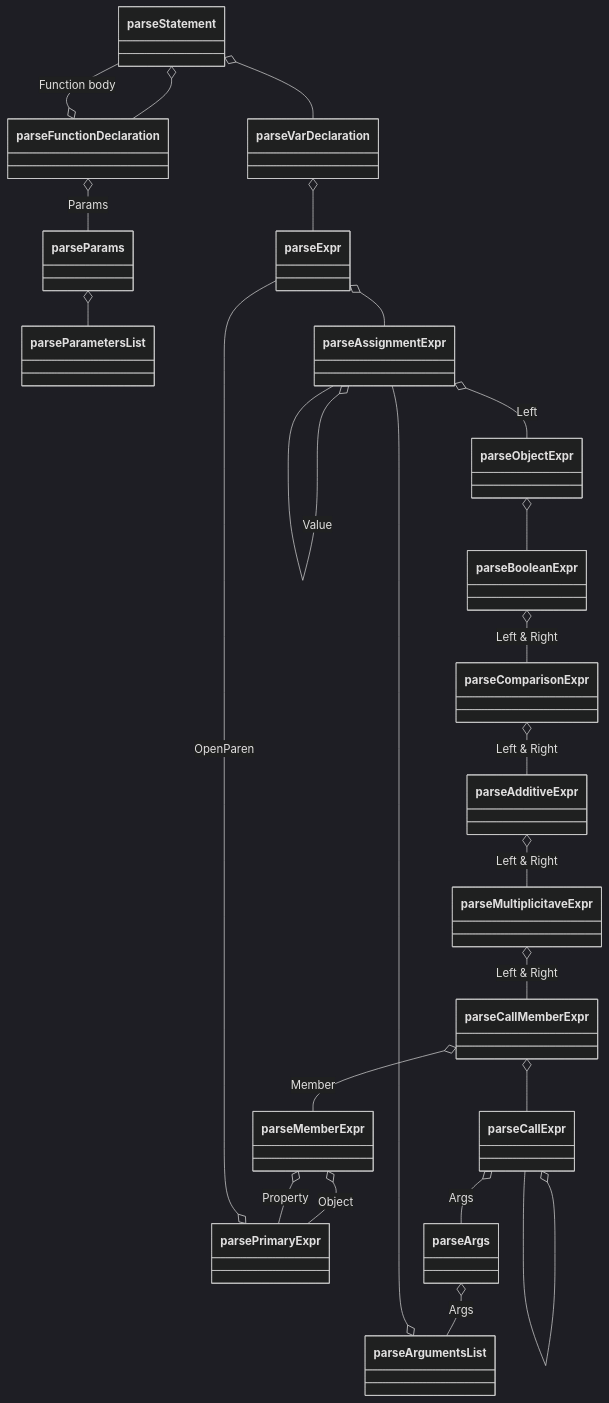
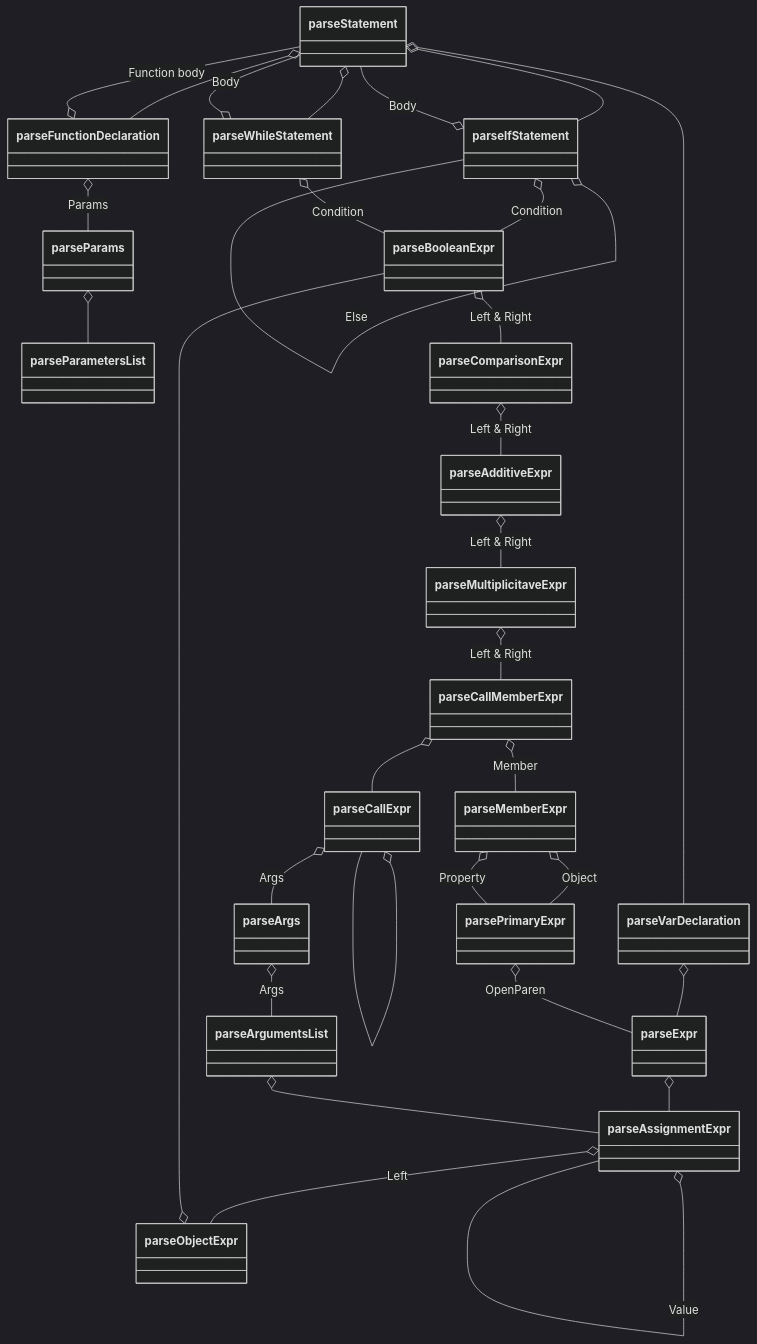
Before and after one commit to MasterZydra/ScriLa: the diagram in doc/Parser.md, drawn with Mermaid (dark theme). The commit also changed 1 other file, not shown here.

Commit message:
AST and Parser doc: Add WhileStatement

````diff
--- a/doc/Parser.md
+++ b/doc/Parser.md
@@ -5,30 +5,40 @@
 ```mermaid
 classDiagram
   parseStatement o-- parseFunctionDeclaration
+
+  parseStatement o-- parseIfStatement
+  parseIfStatement o-- parseBooleanExpr : Condition
+  parseIfStatement o-- parseStatement : Body
+  parseIfStatement o-- parseIfStatement : Else
+
+  parseStatement o-- parseWhileStatement
+  parseWhileStatement o-- parseBooleanExpr : Condition
+  parseWhileStatement o-- parseStatement : Body
+
   parseFunctionDeclaration o-- parseParams : Params
   parseFunctionDeclaration o-- parseStatement : Function body
   parseParams o-- parseParametersList
 
   parseStatement o-- parseVarDeclaration
   parseVarDeclaration o-- parseExpr
   parseExpr o-- parseAssignmentExpr
   parseAssignmentExpr o-- parseAssignmentExpr : Value
   parseAssignmentExpr o-- parseObjectExpr : Left
   parseObjectExpr o-- parseBooleanExpr
   parseBooleanExpr o-- parseComparisonExpr : Left & Right
   parseComparisonExpr o--parseAdditiveExpr : Left & Right
   parseAdditiveExpr o-- parseMultiplicitaveExpr : Left & Right
   parseMultiplicitaveExpr o-- parseCallMemberExpr : Left & Right
 
   parseCallMemberExpr o-- parseMemberExpr : Member
   parseMemberExpr o-- parsePrimaryExpr : Object
   parseMemberExpr o-- parsePrimaryExpr : Property
   parsePrimaryExpr o-- parseExpr : OpenParen
 
   parseCallMemberExpr o-- parseCallExpr
   parseCallExpr o-- parseArgs : Args
   parseCallExpr o-- parseCallExpr
   parseArgs o-- parseArgumentsList : Args
   parseArgumentsList o-- parseAssignmentExpr
   
 ```
````
